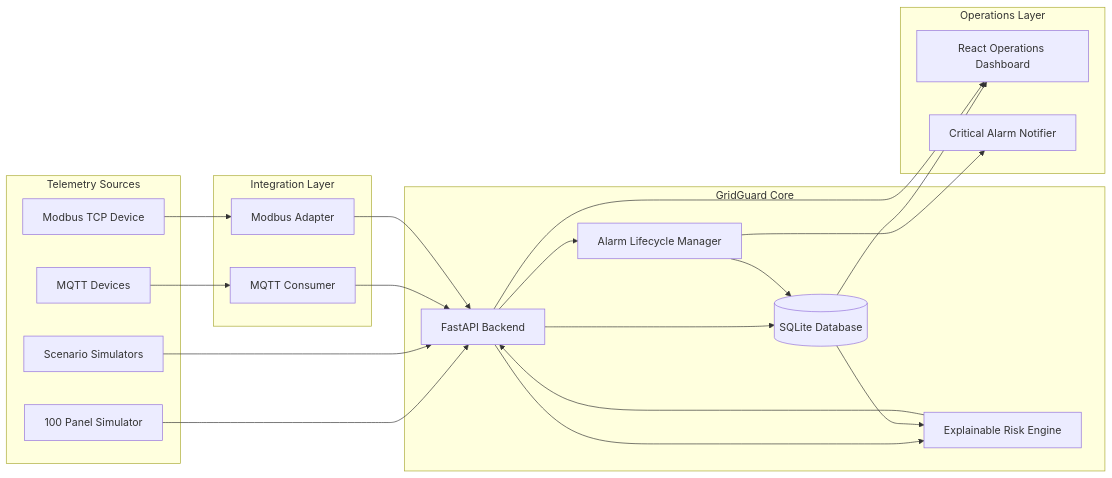
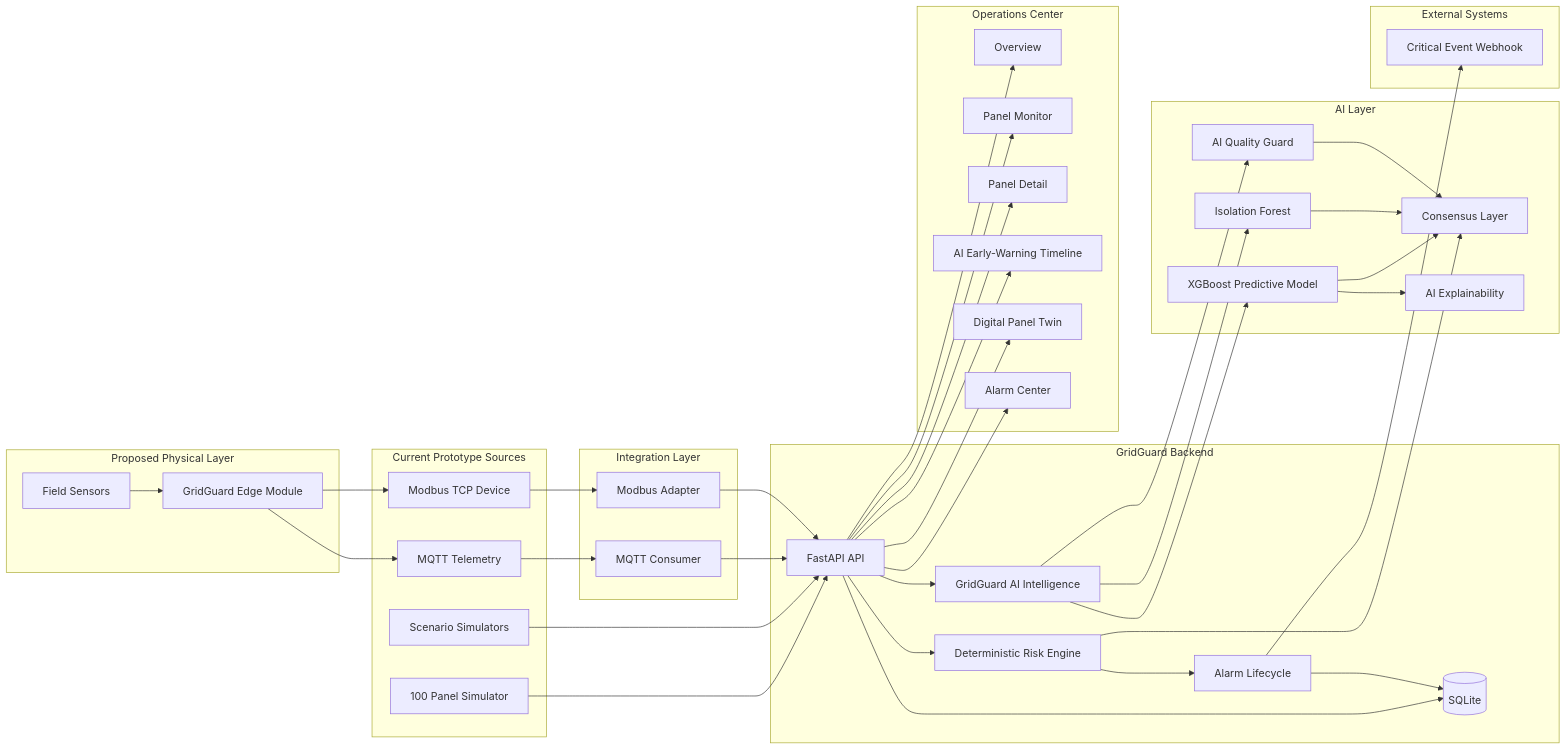
The first of 2 diagrams in docs/ARCHITECTURE.md (KenanAkyurek66/GridGuard), drawn with Mermaid before and after one commit. The commit also changed other lines of this file, not shown here.

Commit message:
docs: update system architecture for AI and edge design

````diff
--- a/docs/ARCHITECTURE.md
+++ b/docs/ARCHITECTURE.md
@@ -15,49 +65,88 @@
 ```mermaid
 flowchart LR
-    subgraph Sources[Telemetry Sources]
-        S1[100 Panel Simulator]
-        S2[Scenario Simulators]
-        S3[MQTT Devices]
-        S4[Modbus TCP Device]
+
+    subgraph Physical[Proposed Physical Layer]
+        SENSORS[Field Sensors]
+        EDGE[GridGuard Edge Module]
+    end
+
+    subgraph Sources[Current Prototype Sources]
+        SIM100[100 Panel Simulator]
+        SCENARIOS[Scenario Simulators]
+        MQTTDEV[MQTT Telemetry]
+        MODBUSDEV[Modbus TCP Device]
     end
 
     subgraph Integration[Integration Layer]
-        M1[MQTT Consumer]
-        M2[Modbus Adapter]
+        MQTT[MQTT Consumer]
+        MODBUS[Modbus Adapter]
     end
 
-    subgraph Core[GridGuard Core]
-        API[FastAPI Backend]
-        DB[(SQLite Database)]
-        RE[Explainable Risk Engine]
-        AL[Alarm Lifecycle Manager]
+    subgraph Backend[GridGuard Backend]
+        API[FastAPI API]
+        DB[(SQLite)]
+        RISK[Deterministic Risk Engine]
+        AI[GridGuard AI Intelligence]
+        ALARM[Alarm Lifecycle]
     end
 
-    subgraph UI[Operations Layer]
-        DASH[React Operations Dashboard]
-        NOTIFY[Critical Alarm Notifier]
+    subgraph Intelligence[AI Layer]
+        PRED[XGBoost Predictive Model]
+        ANOM[Isolation Forest]
+        QUALITY[AI Quality Guard]
+        CONSENSUS[Consensus Layer]
+        EXPLAIN[AI Explainability]
     end
 
-    S1 --> API
-    S2 --> API
+    subgraph Frontend[Operations Center]
+        OVERVIEW[Overview]
+        PANELS[Panel Monitor]
+        DETAIL[Panel Detail]
+        TIMELINE[AI Early-Warning Timeline]
+        TWIN[Digital Panel Twin]
+        ALARMS[Alarm Center]
+    end
 
-    S3 --> M1
-    M1 --> API
+    subgraph External[External Systems]
+        WEBHOOK[Critical Event Webhook]
+    end
 
-    S4 --> M2
-    M2 --> API
+    SENSORS --> EDGE
+    EDGE --> MQTTDEV
+    EDGE --> MODBUSDEV
+
+    SIM100 --> API
+    SCENARIOS --> API
+
+    MQTTDEV --> MQTT
+    MQTT --> API
+
+    MODBUSDEV --> MODBUS
+    MODBUS --> API
 
     API --> DB
-    API --> RE
+    API --> RISK
+    API --> AI
 
-    DB --> RE
-    RE --> API
+    AI --> PRED
+    AI --> ANOM
+    AI --> QUALITY
 
-    API --> AL
-    AL --> DB
+    RISK --> CONSENSUS
+    PRED --> CONSENSUS
+    ANOM --> CONSENSUS
+    QUALITY --> CONSENSUS
+    PRED --> EXPLAIN
 
-    DB --> DASH
-    API --> DASH
+    RISK --> ALARM
+    ALARM --> DB
 
-    AL --> NOTIFY
+    API --> OVERVIEW
+    API --> PANELS
+    API --> DETAIL
+    API --> TIMELINE
+    API --> TWIN
+    API --> ALARMS
+
+    ALARM --> WEBHOOK
 ```
````
